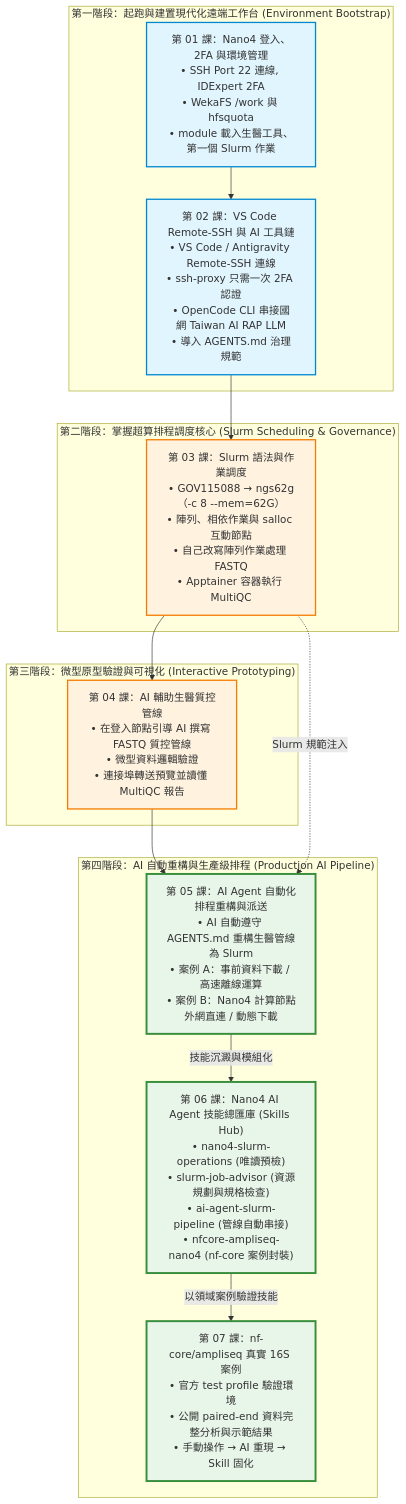
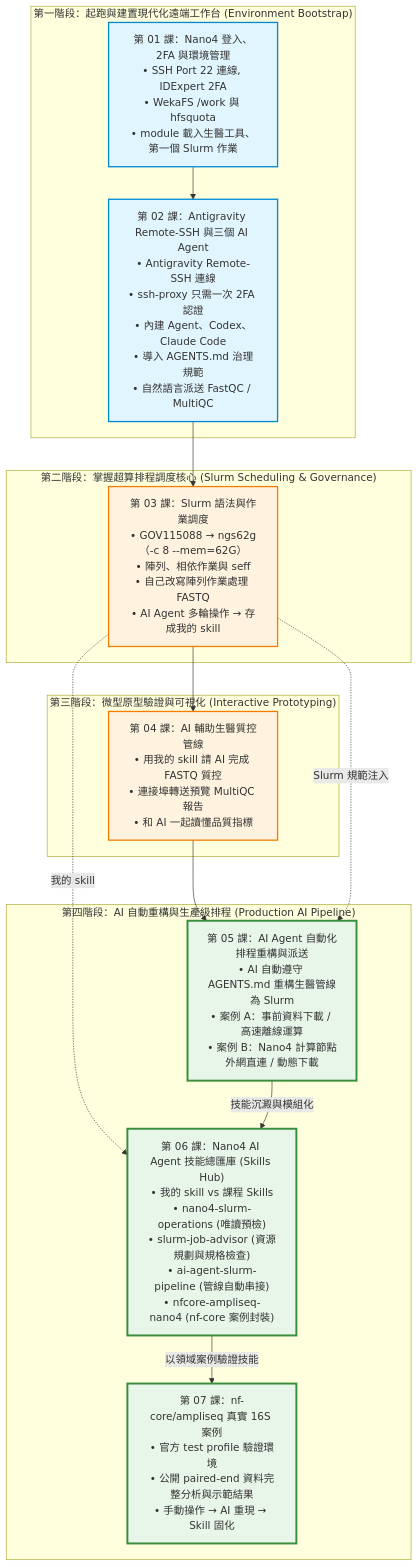
Before and after one commit to gemini960114/Nano4-Docs: the first of 2 diagrams in README.md, drawn with Mermaid. The commit also changed other lines of this file and 38 other files, not shown here.

````diff
--- a/README.md
+++ b/README.md
@@ -41,36 +42,37 @@
 ```mermaid
 flowchart TD
     subgraph S1["第一階段：起跑與建置現代化遠端工作台 (Environment Bootstrap)"]
         C1["第 01 課：Nano4 登入、2FA 與環境管理<br>• SSH Port 22 連線, IDExpert 2FA<br>• WekaFS /work 與 hfsquota<br>• module 載入生醫工具、第一個 Slurm 作業"]
-        C2["第 02 課：VS Code Remote-SSH 與 AI 工具鏈<br>• VS Code / Antigravity Remote-SSH 連線<br>• ssh-proxy 只需一次 2FA 認證<br>• OpenCode CLI 串接國網 Taiwan AI RAP LLM<br>• 導入 AGENTS.md 治理規範"]
+        C2["第 02 課：Antigravity Remote-SSH 與三個 AI Agent<br>• Antigravity Remote-SSH 連線<br>• ssh-proxy 只需一次 2FA 認證<br>• 內建 Agent、Codex、Claude Code<br>• 導入 AGENTS.md 治理規範<br>• 自然語言派送 FastQC / MultiQC"]
         C1 --> C2
     end
 
     subgraph S2["第二階段：掌握超算排程調度核心 (Slurm Scheduling & Governance)"]
-        C3["第 03 課：Slurm 語法與作業調度<br>• GOV115088 → ngs62g（-c 8 --mem=62G）<br>• 陣列、相依作業與 salloc 互動節點<br>• 自己改寫陣列作業處理 FASTQ<br>• Apptainer 容器執行 MultiQC"]
+        C3["第 03 課：Slurm 語法與作業調度<br>• GOV115088 → ngs62g（-c 8 --mem=62G）<br>• 陣列、相依作業與 seff<br>• 自己改寫陣列作業處理 FASTQ<br>• AI Agent 多輪操作 → 存成我的 skill"]
         C2 --> C3
     end
 
     subgraph S3["第三階段：微型原型驗證與可視化 (Interactive Prototyping)"]
-        C4["第 04 課：AI 輔助生醫質控管線<br>• 在登入節點引導 AI 撰寫 FASTQ 質控管線<br>• 微型資料邏輯驗證<br>• 連接埠轉送預覽並讀懂 MultiQC 報告"]
+        C4["第 04 課：AI 輔助生醫質控管線<br>• 用我的 skill 請 AI 完成 FASTQ 質控<br>• 連接埠轉送預覽 MultiQC 報告<br>• 和 AI 一起讀懂品質指標"]
         C3 --> C4
     end
 
     subgraph S4["第四階段：AI 自動重構與生產級排程 (Production AI Pipeline)"]
         C5["第 05 課：AI Agent 自動化排程重構與派送<br>• AI 自動遵守 AGENTS.md 重構生醫管線為 Slurm<br>• 案例 A：事前資料下載 / 高速離線運算<br>• 案例 B：Nano4 計算節點外網直連 / 動態下載"]
-        C6["第 06 課：Nano4 AI Agent 技能總匯庫 (Skills Hub)<br>• nano4-slurm-operations (唯讀預檢)<br>• slurm-job-advisor (資源規劃與規格檢查)<br>• ai-agent-slurm-pipeline (管線自動串接)<br>• nfcore-ampliseq-nano4 (nf-core 案例封裝)"]
+        C6["第 06 課：Nano4 AI Agent 技能總匯庫 (Skills Hub)<br>• 我的 skill vs 課程 Skills<br>• nano4-slurm-operations (唯讀預檢)<br>• slurm-job-advisor (資源規劃與規格檢查)<br>• ai-agent-slurm-pipeline (管線自動串接)<br>• nfcore-ampliseq-nano4 (nf-core 案例封裝)"]
         C7["第 07 課：nf-core/ampliseq 真實 16S 案例<br>• 官方 test profile 驗證環境<br>• 公開 paired-end 資料完整分析與示範結果<br>• 手動操作 → AI 重現 → Skill 固化"]
         C4 --> C5
         C3 -.->|Slurm 規範注入| C5
+        C3 -.->|我的 skill| C6
         C5 -->|技能沉澱與模組化| C6
         C6 -->|以領域案例驗證技能| C7
     end
 
     classDef primary fill:#e1f5fe,stroke:#0288d1,stroke-width:2px;
     classDef highlight fill:#fff3e0,stroke:#f57c00,stroke-width:2px;
     classDef capstone fill:#e8f5e9,stroke:#388e3c,stroke-width:3px;
 
     class C1,C2 primary;
     class C3,C4 highlight;
     class C5,C6,C7 capstone;
 ```
````
